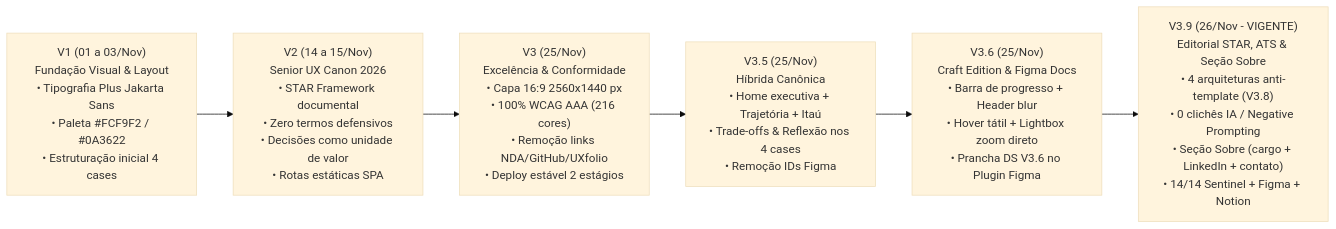
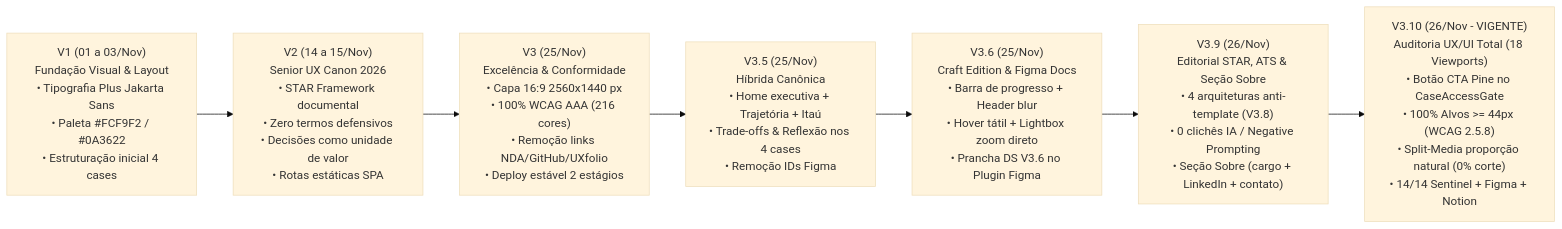
One commit to israelfull-commits/portfolio changed the diagram in docs/INDEX_GOVERNANCA_E_DECISOES.md. Above: the diagram before and after it, drawn with Mermaid (base theme). The commit also changed 5 other files, not shown here.

Commit message:
fix(v3.10.0): deep UX/UI audit fixes (CaseAccessGate pine CTA, 100% WCAG 2.5.8 44px targets, split-media aspect, solid contrast)

````diff
--- a/docs/INDEX_GOVERNANCA_E_DECISOES.md
+++ b/docs/INDEX_GOVERNANCA_E_DECISOES.md
@@ -15,10 +15,11 @@
 ```mermaid
 flowchart LR
     V1["V1 (01 a 03/Nov)<br>Fundação Visual & Layout<br>• Tipografia Plus Jakarta Sans<br>• Paleta #FCF9F2 / #0A3622<br>• Estruturação inicial 4 cases"]
     V2["V2 (14 a 15/Nov)<br>Senior UX Canon 2026<br>• STAR Framework documental<br>• Zero termos defensivos<br>• Decisões como unidade de valor<br>• Rotas estáticas SPA"]
     V3["V3 (25/Nov)<br>Excelência & Conformidade<br>• Capa 16:9 2560x1440 px<br>• 100% WCAG AAA (216 cores)<br>• Remoção links NDA/GitHub/UXfolio<br>• Deploy estável 2 estágios"]
     V35["V3.5 (25/Nov)<br>Híbrida Canônica<br>• Home executiva + Trajetória + Itaú<br>• Trade-offs & Reflexão nos 4 cases<br>• Remoção IDs Figma"]
     V36["V3.6 (25/Nov)<br>Craft Edition & Figma Docs<br>• Barra de progresso + Header blur<br>• Hover tátil + Lightbox zoom direto<br>• Prancha DS V3.6 no Plugin Figma"]
-    V39["V3.9 (26/Nov - VIGENTE)<br>Editorial STAR, ATS & Seção Sobre<br>• 4 arquiteturas anti-template (V3.8)<br>• 0 clichês IA / Negative Prompting<br>• Seção Sobre (cargo + LinkedIn + contato)<br>• 14/14 Sentinel + Figma + Notion"]
-    V1 --> V2 --> V3 --> V35 --> V36 --> V39
+    V39["V3.9 (26/Nov)<br>Editorial STAR, ATS & Seção Sobre<br>• 4 arquiteturas anti-template (V3.8)<br>• 0 clichês IA / Negative Prompting<br>• Seção Sobre (cargo + LinkedIn + contato)"]
+    V310["V3.10 (26/Nov - VIGENTE)<br>Auditoria UX/UI Total (18 Viewports)<br>• Botão CTA Pine no CaseAccessGate<br>• 100% Alvos >= 44px (WCAG 2.5.8)<br>• Split-Media proporção natural (0% corte)<br>• 14/14 Sentinel + Figma + Notion"]
+    V1 --> V2 --> V3 --> V35 --> V36 --> V39 --> V310
 ```
````
